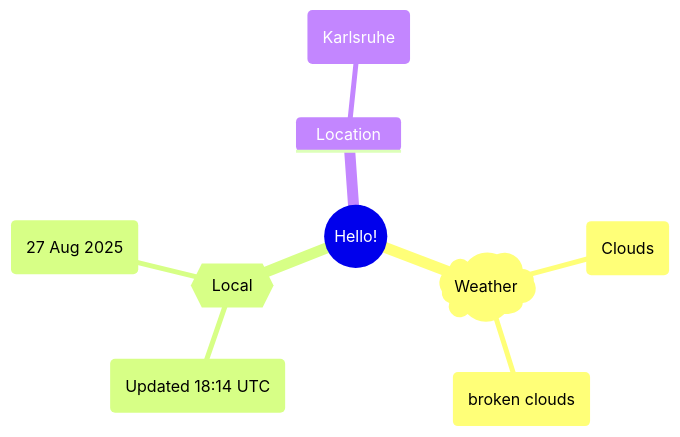
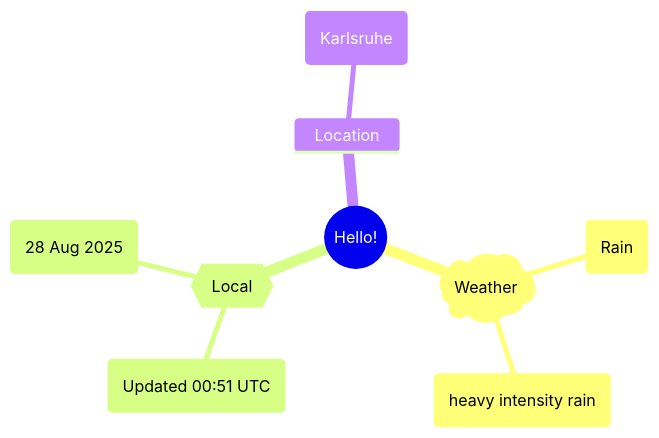
Before and after one commit to Xosrov/Xosrov: the first of 2 diagrams in README.md, drawn with Mermaid.

Commit message:
[bot] updated images

````diff
--- a/README.md
+++ b/README.md
@@ -3,12 +3,12 @@
 ```mermaid
 mindmap
   root((Hello!))
     )Weather(
-        (Clouds)
-        (broken clouds)
+        (Rain)
+        (heavy intensity rain)
     {{Local}}
-        (Updated 18:14 UTC)
-        (27 Aug 2025)
+        (Updated 00:51 UTC)
+        (28 Aug 2025)
     Location
         (Karlsruhe)
 ```
````
